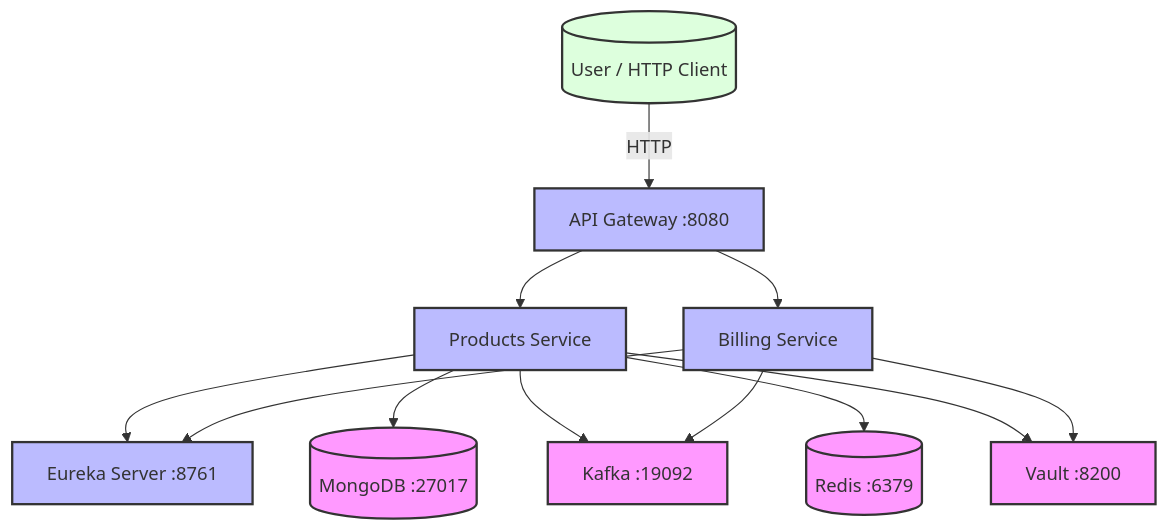
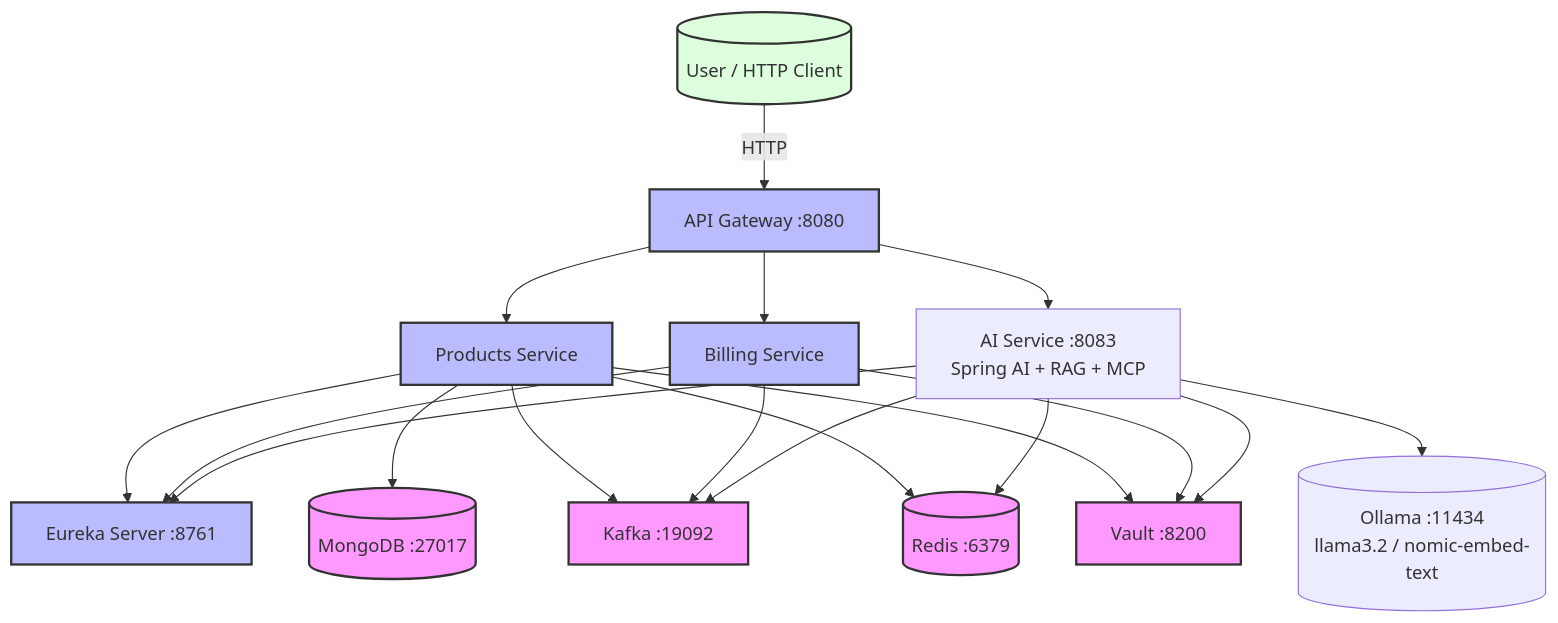
The first of 5 diagrams in docs/ARCHITECTURE.md (leosalazarn/microservices), drawn with Mermaid before and after one commit. The commit also changed other lines of this file and 8 other files, not shown here.

First line of the commit message:
feat: reprioritize roadmap AI-first (Phase 8 RAG+MCP) and scaffold ai-service

````diff
--- a/docs/ARCHITECTURE.md
+++ b/docs/ARCHITECTURE.md
@@ -10,35 +10,43 @@
 ```mermaid
 graph TB
     USER[("User / HTTP Client")]
 
     GW["API Gateway :8080"]
 
     EU["Eureka Server :8761"]
 
     PS["Products Service"]
     BS["Billing Service"]
 
     MONGO[("MongoDB :27017")]
     KAFKA["Kafka :19092"]
     REDIS[("Redis :6379")]
     VAULT["Vault :8200"]
 
     USER -->|HTTP| GW
     GW --> PS
     GW --> BS
+    GW --> AI
+    AI["AI Service :8083<br/>Spring AI + RAG + MCP"]
+    OLLAMA[("Ollama :11434<br/>llama3.2 / nomic-embed-text")]
     PS --> EU
     BS --> EU
+    AI --> EU
     PS --> MONGO
     PS --> KAFKA
     BS --> KAFKA
+    AI --> KAFKA
     PS --> REDIS
+    AI --> REDIS
+    AI --> OLLAMA
     PS --> VAULT
     BS --> VAULT
+    AI --> VAULT
 
     classDef infra fill:#f9f,stroke:#333,stroke-width:2px
     classDef service fill:#bbf,stroke:#333,stroke-width:2px
     classDef client fill:#dfd,stroke:#333,stroke-width:2px
     class MONGO,KAFKA,REDIS,VAULT infra
     class PS,BS,GW,EU service
     class USER client
 ```
````
